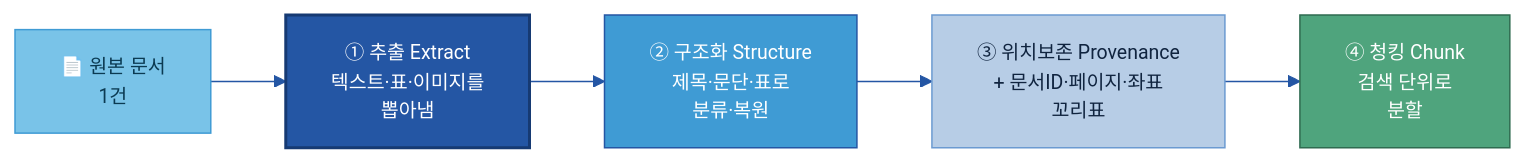
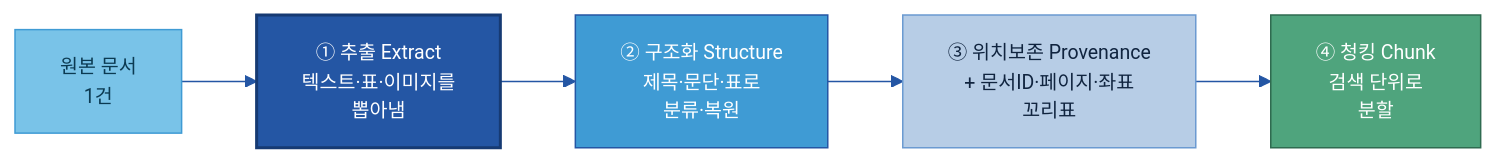
The second of 9 diagrams in 가이드 작성/B-1 데이터 전처리/B-1 데이터 전처리.md (jin-kearney/ai-ready-data-manual), drawn with Mermaid before and after one commit. The commit also changed other lines of this file and 4 other files, not shown here.

````diff
--- a/가이드 작성/B-1 데이터 전처리/B-1 데이터 전처리.md
+++ b/가이드 작성/B-1 데이터 전처리/B-1 데이터 전처리.md
@@ -148,14 +148,14 @@
 ```mermaid
 %%{init: {'theme':'base','themeVariables':{'primaryColor':'#DCE8F5','primaryBorderColor':'#2456A4','primaryTextColor':'#10243f','lineColor':'#2456A4','fontSize':'13px'}}}%%
 flowchart LR
-    D["📄 원본 문서<br/>1건"]:::src
+    D["원본 문서<br/>1건"]:::src
     D --> E1["① 추출 Extract<br/>텍스트·표·이미지를<br/>뽑아냄"]:::cat
     E1 --> E2["② 구조화 Structure<br/>제목·문단·표로<br/>분류·복원"]:::gate
     E2 --> E3["③ 위치보존 Provenance<br/>+ 문서ID·페이지·좌표<br/>꼬리표"]:::n
     E3 --> E4["④ 청킹 Chunk<br/>검색 단위로<br/>분할"]:::loop
     classDef src fill:#79C3E8,stroke:#3F9BD4,color:#0b3a52;
     classDef cat fill:#2456A4,color:#fff,stroke:#163a73,stroke-width:2px;
     classDef gate fill:#3F9BD4,stroke:#2456A4,color:#fff;
     classDef n fill:#B7CDE6,stroke:#6B9AD1,color:#10243f;
     classDef loop fill:#4FA47D,stroke:#2f6b50,color:#fff;
 ```
````
